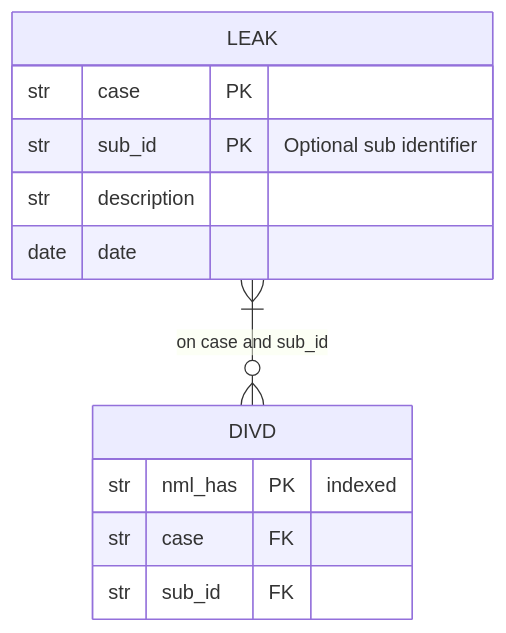
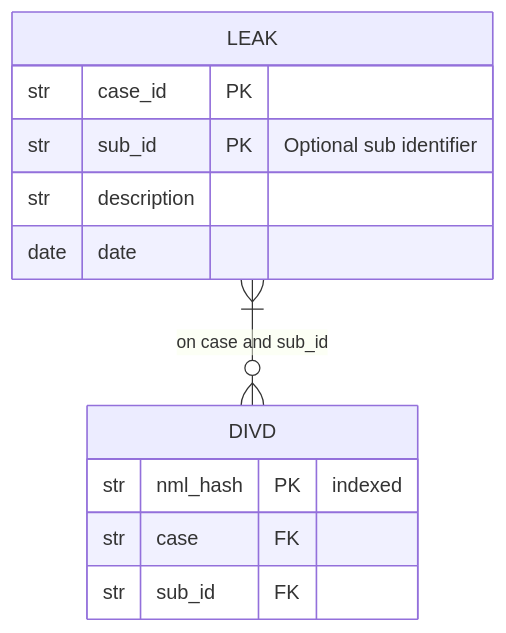
The third of 3 diagrams in README.md (DIVD-NL/stolen_creds_pipeline), drawn with Mermaid before and after one commit. The commit also changed other lines of this file and 17 other files, not shown here.

````diff
--- a/README.md
+++ b/README.md
@@ -145,17 +146,17 @@
 ```mermaid
 erDiagram
     LEAK {
-        str case PK 
+        str case_id PK 
         str sub_id PK "Optional sub identifier"
         str description
         date date
     }
 
     DIVD {
-        str nml_has PK "indexed"
+        str nml_hash PK "indexed"
         str case FK
         str sub_id FK
     }
 
     LEAK 1+--0+ DIVD : "on case and sub_id"
 ```
````
